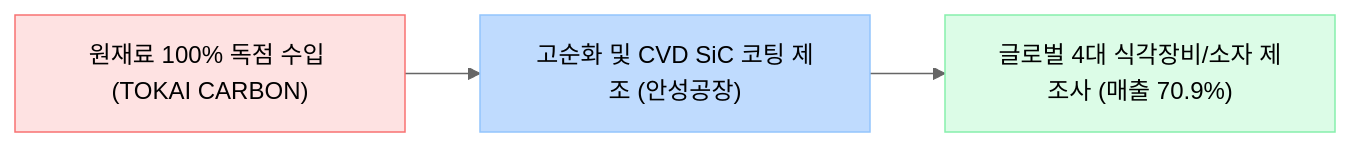
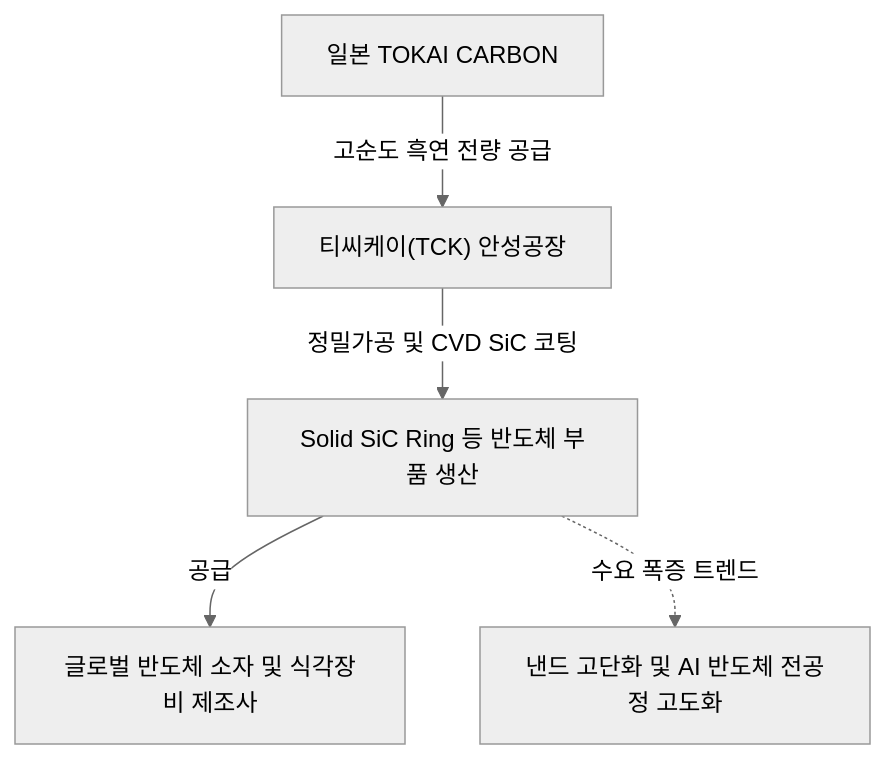
One commit to eve830521-cmd/my-skill changed the diagram in Stock_Research/티씨케이/3_Final_Reports/Phase1_Report.md. Above: the diagram before and after it, drawn with Mermaid (neutral theme). The commit also changed other lines of this file and 115 other files, not shown here.

````diff
--- a/Stock_Research/티씨케이/3_Final_Reports/Phase1_Report.md
+++ b/Stock_Research/티씨케이/3_Final_Reports/Phase1_Report.md
@@ -13,9 +6,7 @@
 ```mermaid
-graph LR
-    A["원재료 100% 독점 수입 (TOKAI CARBON)"] --> B["고순화 및 CVD SiC 코팅 제조 (안성공장)"]
-    B --> C["글로벌 4대 식각장비/소자 제조사 (매출 70.9%)"]
-    
-    style A fill:#fee2e2,stroke:#f87171
-    style B fill:#bfdbfe,stroke:#93c5fd
-    style C fill:#dcfce7,stroke:#86efac
+graph TD
+    A["일본 TOKAI CARBON"] -->|"고순도 흑연 전량 공급"| B["티씨케이(TCK) 안성공장"]
+    B -->|"정밀가공 및 CVD SiC 코팅"| C["Solid SiC Ring 등 반도체 부품 생산"]
+    C -->|"공급"| D["글로벌 반도체 소자 및 식각장비 제조사"]
+    C -. "수요 폭증 트렌드" .-> E["낸드 고단화 및 AI 반도체 전공정 고도화"]
 ```
````
